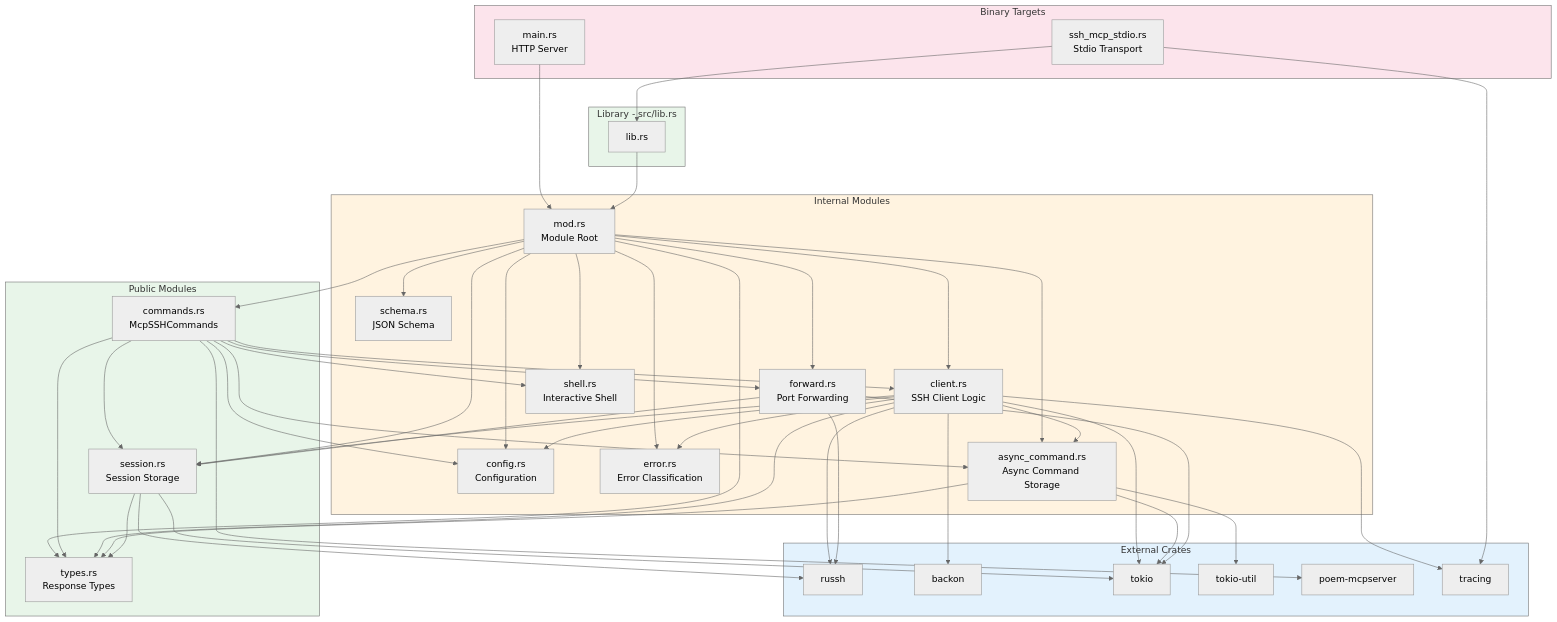
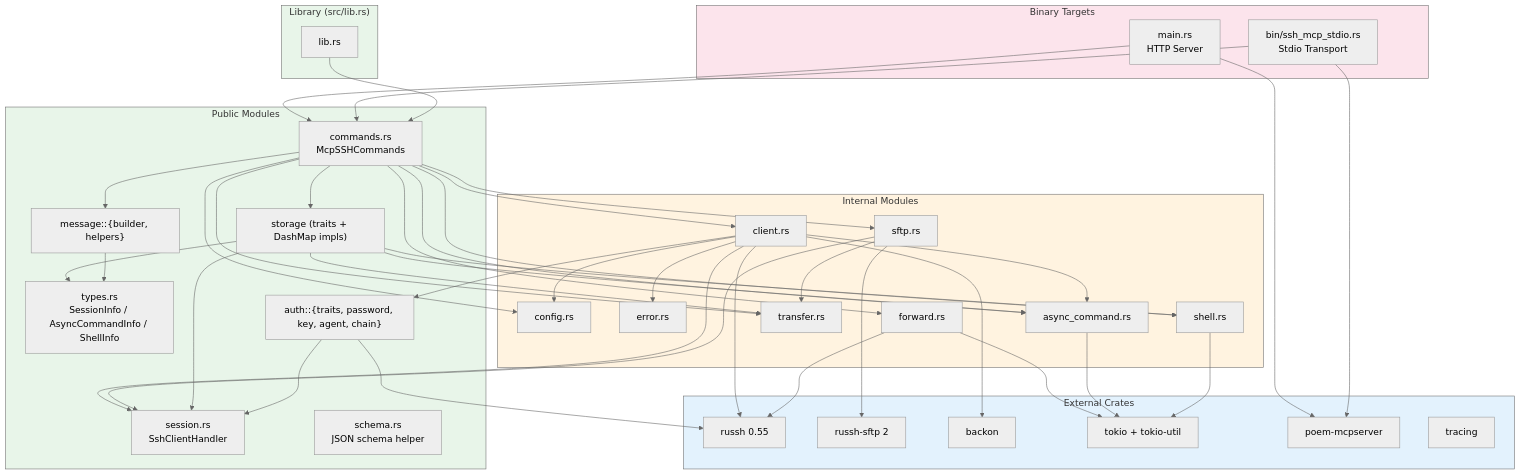
The second of 11 diagrams in docs/ARCHITECTURE.md (farchanjo/ssh-mcp), drawn with Mermaid (neutral theme) before and after one commit. The commit also changed other lines of this file and 5 other files, not shown here.

```diff
--- a/docs/ARCHITECTURE.md
+++ b/docs/ARCHITECTURE.md
@@ -261,86 +167,86 @@
 flowchart TB
     subgraph Binaries["Binary Targets"]
         main["main.rs<br/>HTTP Server"]
-        stdio["ssh_mcp_stdio.rs<br/>Stdio Transport"]
+        stdio["bin/ssh_mcp_stdio.rs<br/>Stdio Transport"]
     end
 
-    subgraph Library["Library - src/lib.rs"]
+    subgraph Library["Library (src/lib.rs)"]
         lib["lib.rs"]
     end
 
     subgraph Public["Public Modules"]
         commands["commands.rs<br/>McpSSHCommands"]
-        types["types.rs<br/>Response Types"]
-        session["session.rs<br/>Session Storage"]
+        types["types.rs<br/>SessionInfo / AsyncCommandInfo / ShellInfo"]
+        session["session.rs<br/>SshClientHandler"]
+        schema["schema.rs<br/>JSON schema helper"]
+        storage["storage (traits + DashMap impls)"]
+        message["message::{builder, helpers}"]
+        auth["auth::{traits, password, key, agent, chain}"]
     end
 
     subgraph Internal["Internal Modules"]
-        client["client.rs<br/>SSH Client Logic"]
-        config["config.rs<br/>Configuration"]
-        error["error.rs<br/>Error Classification"]
-        forward["forward.rs<br/>Port Forwarding"]
-        async_cmd["async_command.rs<br/>Async Command Storage"]
-        shell["shell.rs<br/>Interactive Shell"]
-        schema["schema.rs<br/>JSON Schema"]
-        modrs["mod.rs<br/>Module Root"]
+        client["client.rs"]
+        config["config.rs"]
+        error["error.rs"]
+        forward["forward.rs"]
+        async_cmd["async_command.rs"]
+        shell["shell.rs"]
+        sftp["sftp.rs"]
+        transfer["transfer.rs"]
     end
 
     subgraph External["External Crates"]
-        russh["russh"]
+        russh["russh 0.55"]
+        russh_sftp["russh-sftp 2"]
         backon["backon"]
-        tokio["tokio"]
-        tokio_util["tokio-util"]
+        tokio["tokio + tokio-util"]
         poem_mcp["poem-mcpserver"]
         tracing["tracing"]
     end
 
-    main --> modrs
-    stdio --> lib
-    lib --> modrs
-
-    modrs --> commands
-    modrs --> types
-    modrs --> session
-    modrs --> client
-    modrs --> config
-    modrs --> error
-    modrs --> forward
-    modrs --> async_cmd
-    modrs --> shell
-    modrs --> schema
+    main --> poem_mcp
+    main --> commands
+    stdio --> commands
+    stdio --> poem_mcp
+    lib --> commands
 
     commands --> client
-    commands --> config
-    commands --> session
-    commands --> types
+    commands --> sftp
     commands --> forward
     commands --> async_cmd
     commands --> shell
-    commands --> poem_mcp
+    commands --> storage
+    commands --> message
+    commands --> transfer
+    commands --> config
 
+    client --> auth
     client --> config
     client --> error
     client --> session
-    client --> types
     client --> async_cmd
     client --> russh
     client --> backon
-    client --> tokio
-    client --> tracing
 
-    async_cmd --> types
-    async_cmd --> tokio
-    async_cmd --> tokio_util
+    sftp --> session
+    sftp --> transfer
+    sftp --> russh_sftp
 
-    forward --> session
+    storage --> session
+    storage --> async_cmd
+    storage --> shell
+    storage --> transfer
+    storage --> types
+
+    message --> types
+
+    auth --> session
+    auth --> russh
+
     forward --> russh
     forward --> tokio
-
-    session --> types
-    session --> russh
-    session --> tokio
-
-    stdio --> tracing
+    async_cmd --> tokio
+    shell --> tokio
 
     style Binaries fill:#fce4ec
     style Library fill:#e8f5e9
```
